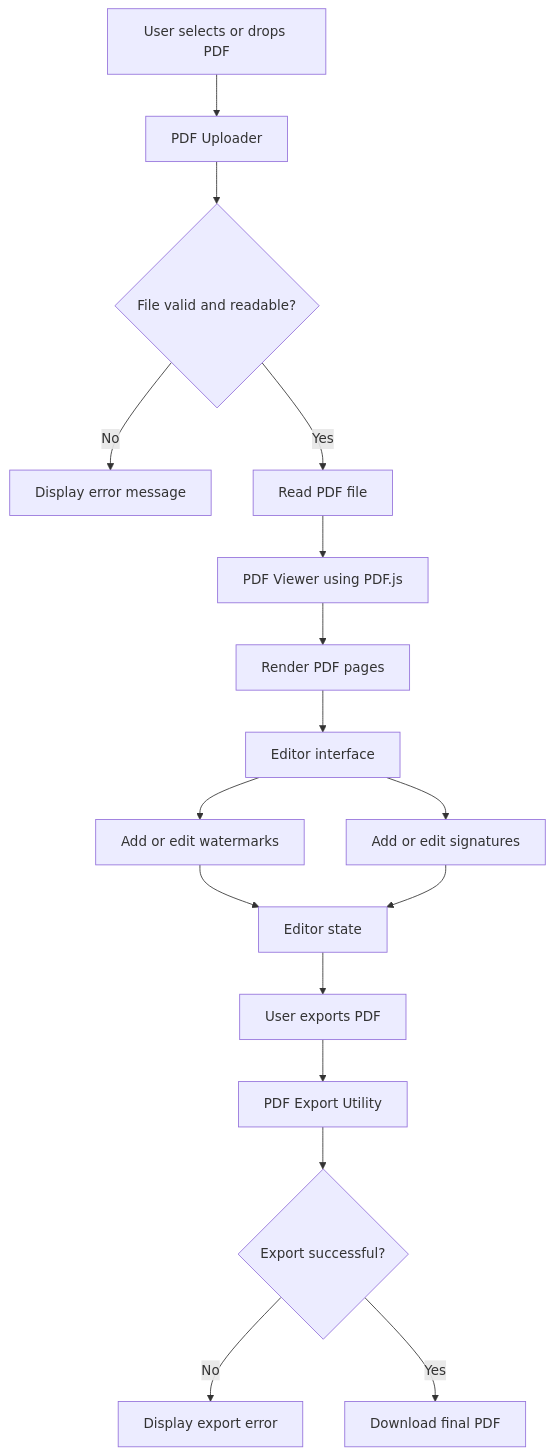
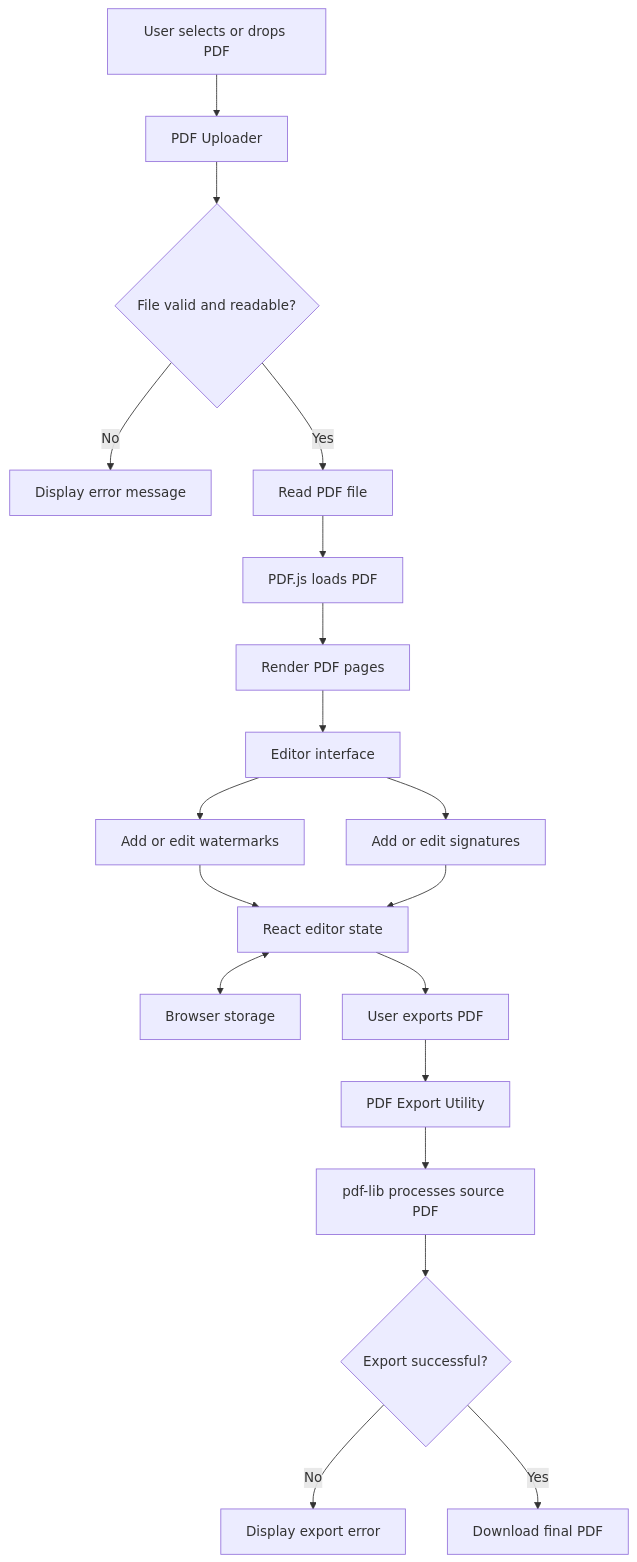
The diagram in docs/data-flow.md (ADEEB172/docucraft), drawn with Mermaid before and after one commit. The commit also changed other lines of this file and 1 other file, not shown here.

Commit message:
added diagram

````diff
--- a/docs/data-flow.md
+++ b/docs/data-flow.md
@@ -24,19 +25,28 @@
 ```mermaid
 flowchart TD
-    A[User selects or drops PDF] --> B[PDF Uploader]
-    B --> C{File valid and readable?}
-    C -- No --> D[Display error message]
-    C -- Yes --> E[Read PDF file]
-    E --> F[PDF Viewer using PDF.js]
-    F --> G[Render PDF pages]
-    G --> H[Editor interface]
-    H --> I[Add or edit watermarks]
-    H --> J[Add or edit signatures]
-    I --> K[Editor state]
+    A["User selects or drops PDF"] --> B["PDF Uploader"]
+    B --> C{"File valid and readable?"}
+
+    C -->|No| D["Display error message"]
+    C -->|Yes| E["Read PDF file"]
+
+    E --> F["PDF.js loads PDF"]
+    F --> G["Render PDF pages"]
+    G --> H["Editor interface"]
+
+    H --> I["Add or edit watermarks"]
+    H --> J["Add or edit signatures"]
+
+    I --> K["React editor state"]
     J --> K
-    K --> L[User exports PDF]
-    L --> M[PDF Export Utility]
-    M --> N{Export successful?}
-    N -- No --> O[Display export error]
-    N -- Yes --> P[Download final PDF]
+
+    K <--> L["Browser storage"]
+    K --> M["User exports PDF"]
+
+    M --> N["PDF Export Utility"]
+    N --> O["pdf-lib processes source PDF"]
+    O --> P{"Export successful?"}
+
+    P -->|No| Q["Display export error"]
+    P -->|Yes| R["Download final PDF"]
 ```
````
